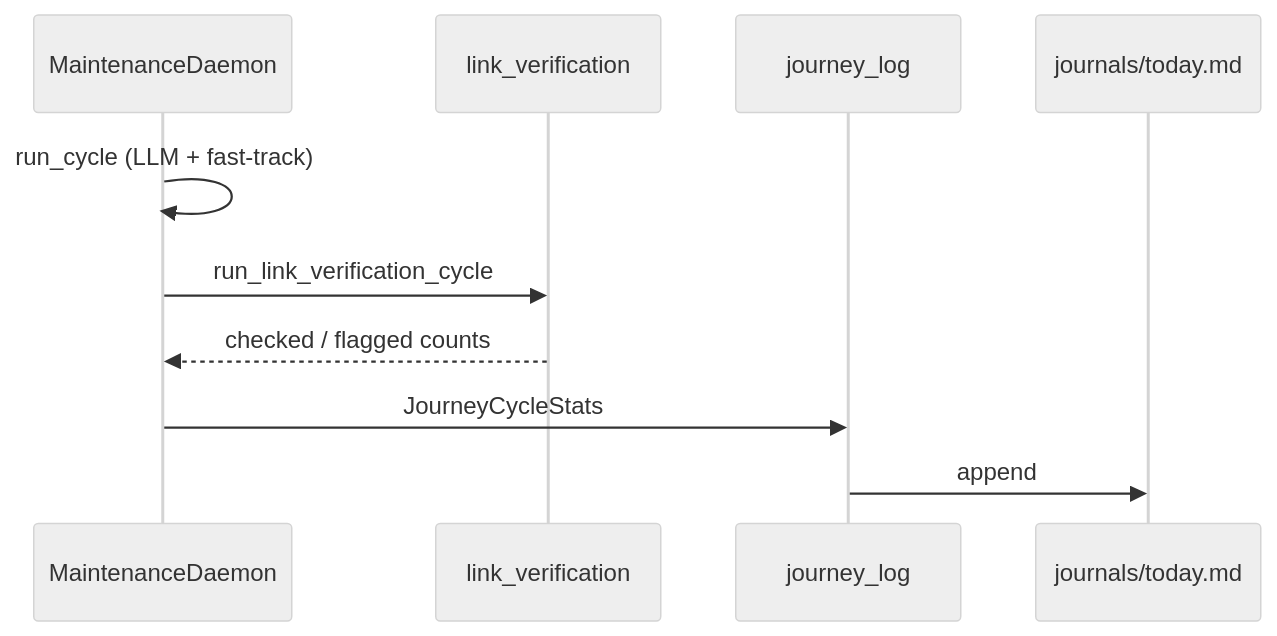
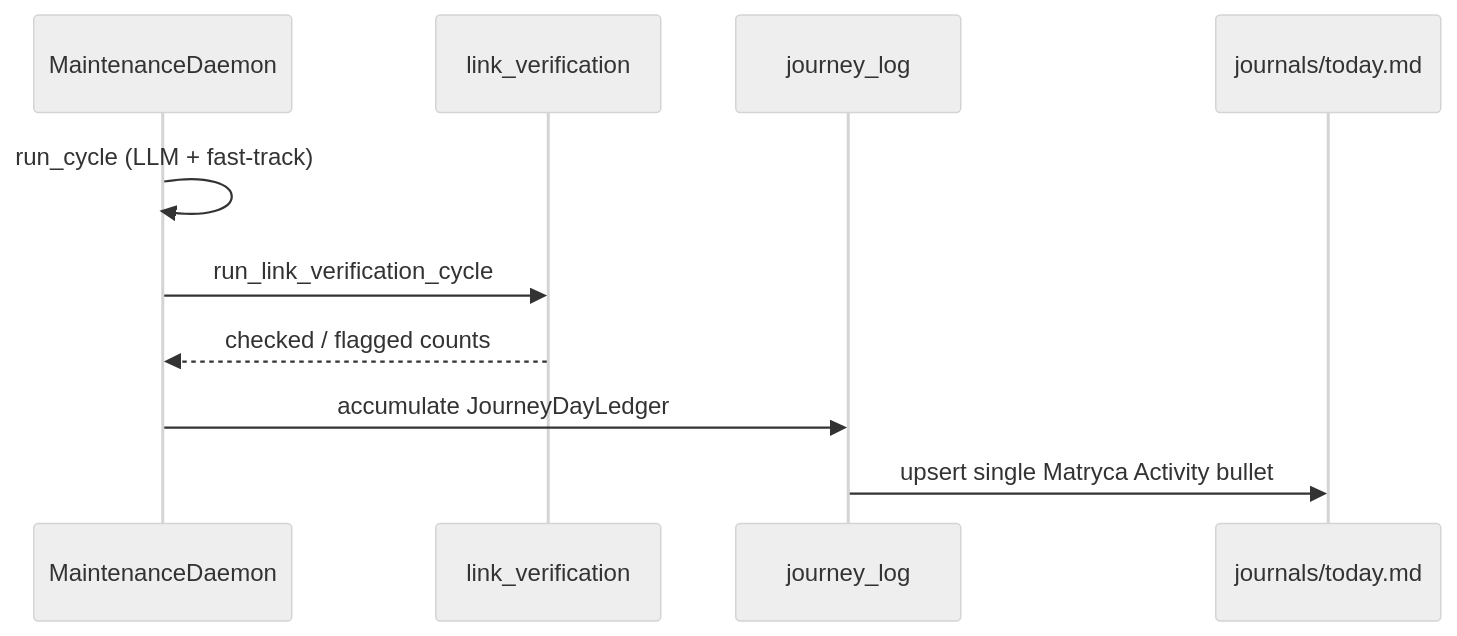
Before and after one commit to blackwolf225/matryca-plumber: the second of 2 diagrams in docs/openspec/agent-dx.md, drawn with Mermaid (neutral theme). The commit also changed other lines of this file and 20 other files, not shown here.

First line of the commit message:
refactor: consolidate Journey Log to a single cumulative bullet in daily journal

````diff
--- a/docs/openspec/agent-dx.md
+++ b/docs/openspec/agent-dx.md
@@ -117,13 +140,13 @@
 ```mermaid
 sequenceDiagram
   participant D as MaintenanceDaemon
   participant LV as link_verification
   participant JL as journey_log
   participant J as journals/today.md
 
   D->>D: run_cycle (LLM + fast-track)
   D->>LV: run_link_verification_cycle
   LV-->>D: checked / flagged counts
-  D->>JL: JourneyCycleStats
-  JL->>J: append ## 🤖 Matryca Activity
+  D->>JL: accumulate JourneyDayLedger
+  JL->>J: upsert single Matryca Activity bullet
 ```
````
